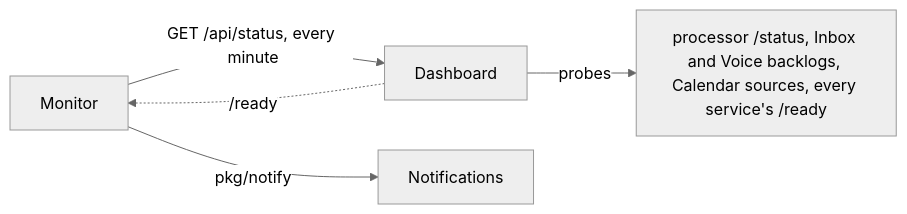
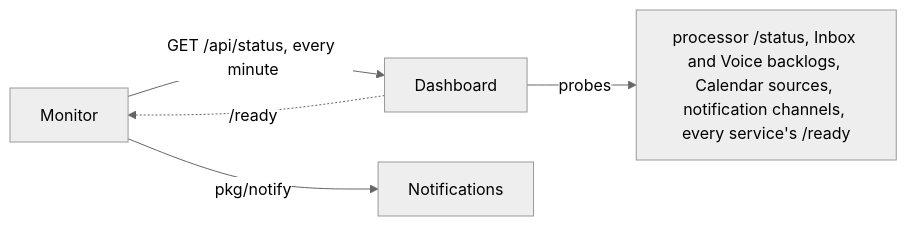
One commit to GAMch1k/life-os changed the diagram in docs/services/monitor.md. Above: the diagram before and after it, drawn with Mermaid (neutral theme). The commit also changed other lines of this file, not shown here.

````diff
--- a/docs/services/monitor.md
+++ b/docs/services/monitor.md
@@ -5,7 +5,7 @@
 ```mermaid
 flowchart LR
   Monitor -- "GET /api/status, every minute" --> Dashboard
-  Dashboard -- "probes" --> Sources["processor /status, Inbox and Voice backlogs, Calendar sources, every service's /ready"]
+  Dashboard -- "probes" --> Sources["processor /status, Inbox and Voice backlogs, Calendar sources, notification channels, every service's /ready"]
   Monitor -- "pkg/notify" --> Notifications
   Dashboard -. "/ready" .-> Monitor
 ```
````
